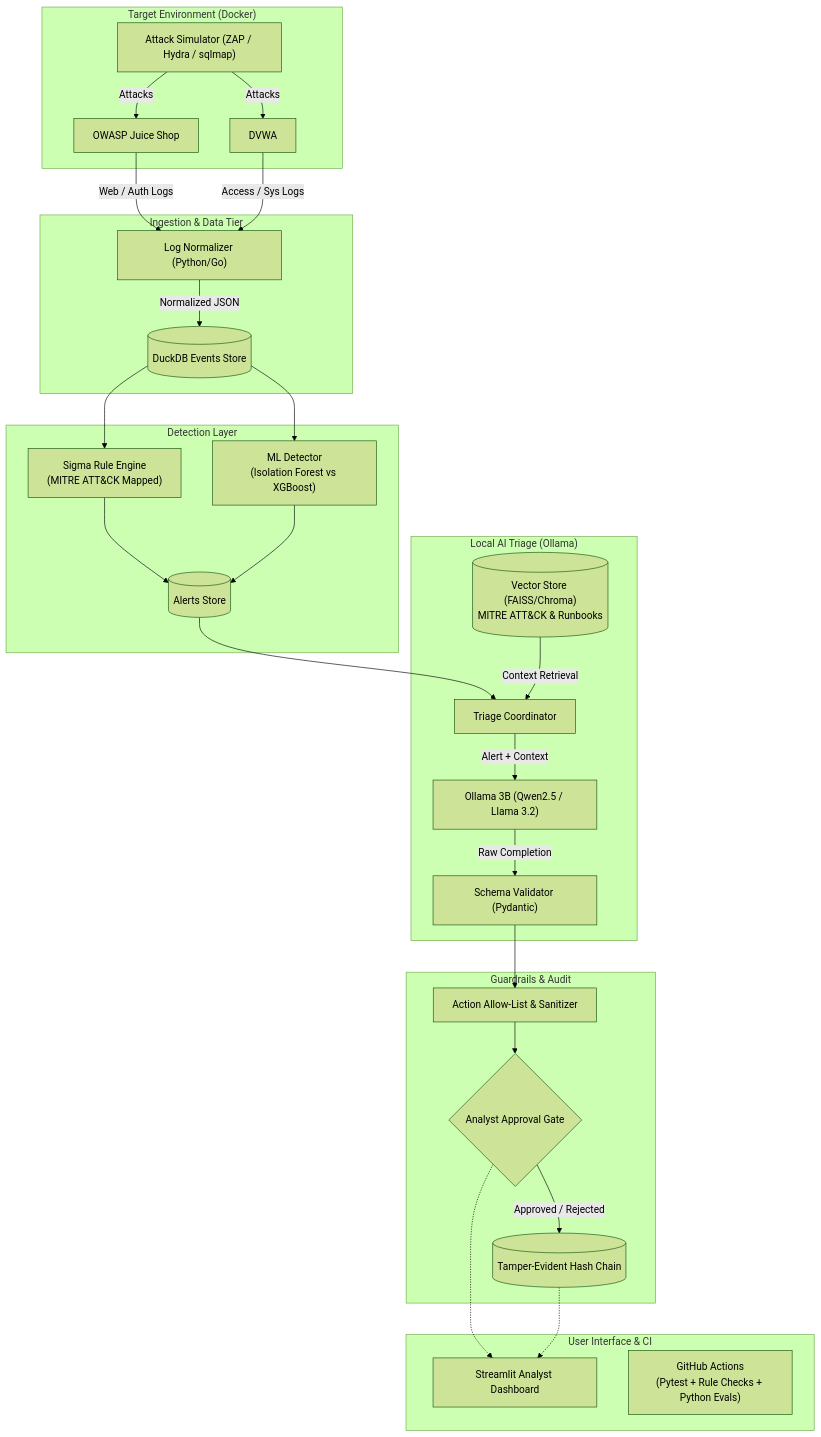
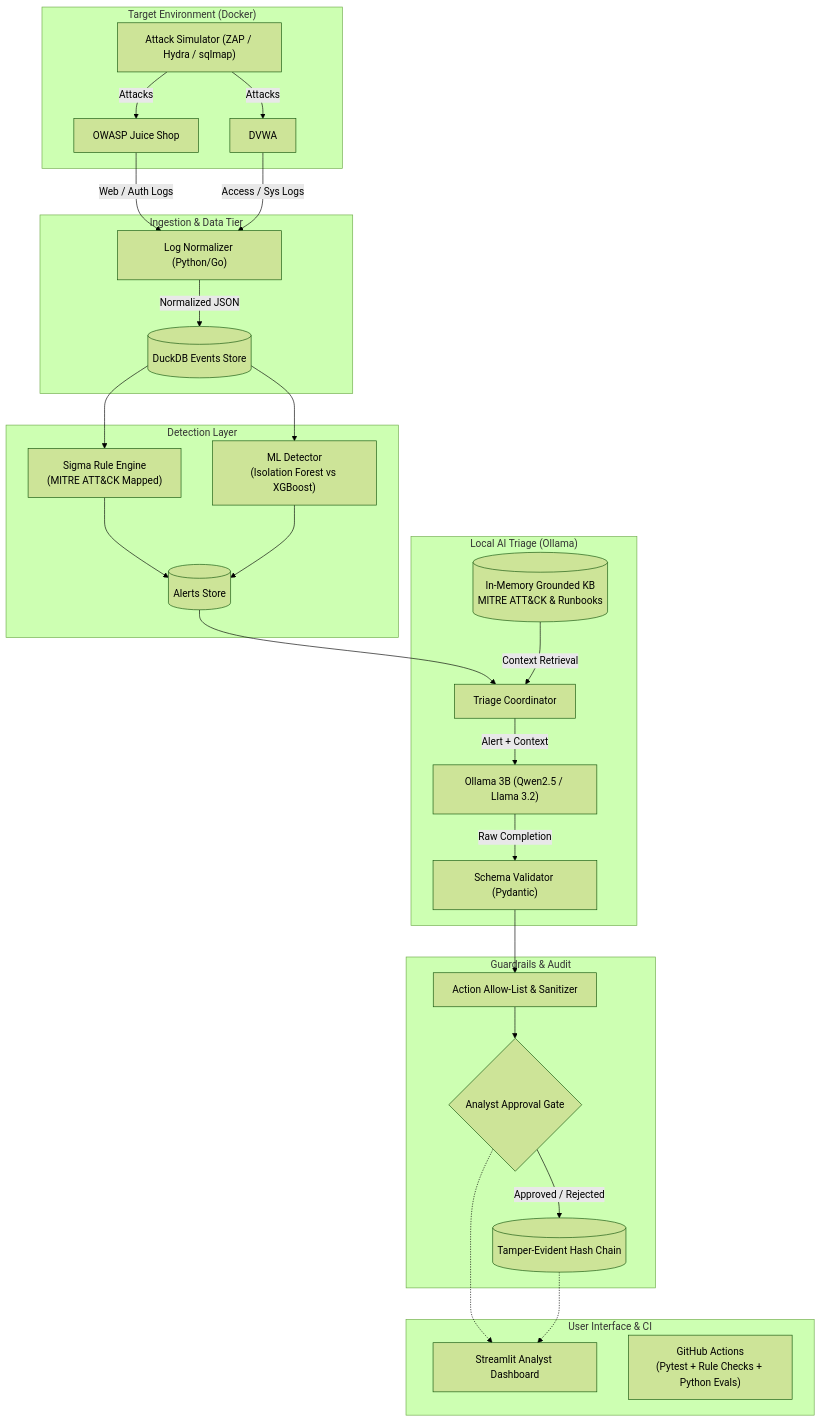
One commit to naji-abdellah/MINI-SOC-AI changed the diagram in docs/architecture.md. Above: the diagram before and after it, drawn with Mermaid (forest theme). The commit also changed other lines of this file and 34 other files, not shown here.

````diff
--- a/docs/architecture.md
+++ b/docs/architecture.md
@@ -9,42 +9,42 @@
 ```mermaid
 flowchart TD
     subgraph Target_Env["Target Environment (Docker)"]
         T1["OWASP Juice Shop"]
         T2["DVWA"]
         ATT["Attack Simulator (ZAP / Hydra / sqlmap)"]
         ATT -->|Attacks| T1
         ATT -->|Attacks| T2
     end
 
     subgraph Ingestion_Storage["Ingestion & Data Tier"]
         T1 -->|Web / Auth Logs| ING["Log Normalizer (Python/Go)"]
         T2 -->|Access / Sys Logs| ING
         ING -->|Normalized JSON| DUCK[("DuckDB Events Store")]
     end
 
     subgraph Detection_Tier["Detection Layer"]
         DUCK --> SIGMA["Sigma Rule Engine<br/>(MITRE ATT&CK Mapped)"]
         DUCK --> ML["ML Detector<br/>(Isolation Forest vs XGBoost)"]
         SIGMA --> ALERTS[("Alerts Store")]
         ML --> ALERTS
     end
 
     subgraph AI_Triage["Local AI Triage (Ollama)"]
         ALERTS --> TRIAGE["Triage Coordinator"]
-        RAG[("Vector Store (FAISS/Chroma)<br/>MITRE ATT&CK & Runbooks")] -->|Context Retrieval| TRIAGE
+        RAG[("In-Memory Grounded KB<br/>MITRE ATT&CK & Runbooks")] -->|Context Retrieval| TRIAGE
         TRIAGE -->|Alert + Context| LLM["Ollama 3B (Qwen2.5 / Llama 3.2)"]
         LLM -->|Raw Completion| VALID["Schema Validator (Pydantic)"]
     end
 
     subgraph Governance["Guardrails & Audit"]
         VALID --> ALLOW["Action Allow-List & Sanitizer"]
         ALLOW --> APPROVAL{"Analyst Approval Gate"}
         APPROVAL -->|Approved / Rejected| AUDIT[("Tamper-Evident Hash Chain")]
     end
 
     subgraph Presentation_CI["User Interface & CI"]
         APPROVAL -.-> DASH["Streamlit Analyst Dashboard"]
         AUDIT -.-> DASH
         CI["GitHub Actions<br/>(Pytest + Rule Checks + Python Evals)"]
     end
 ```
````
